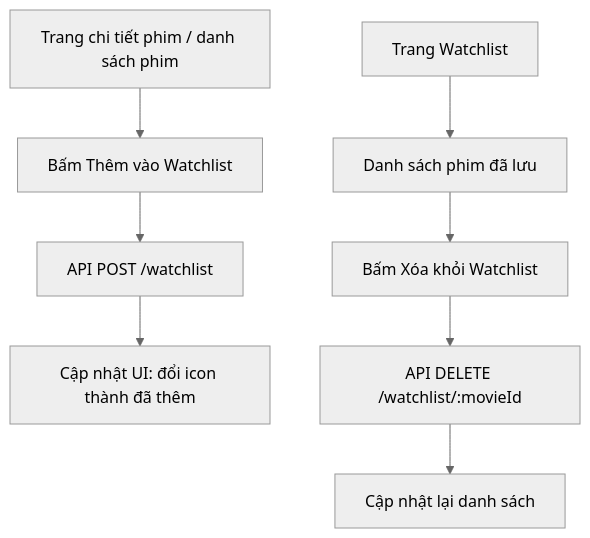
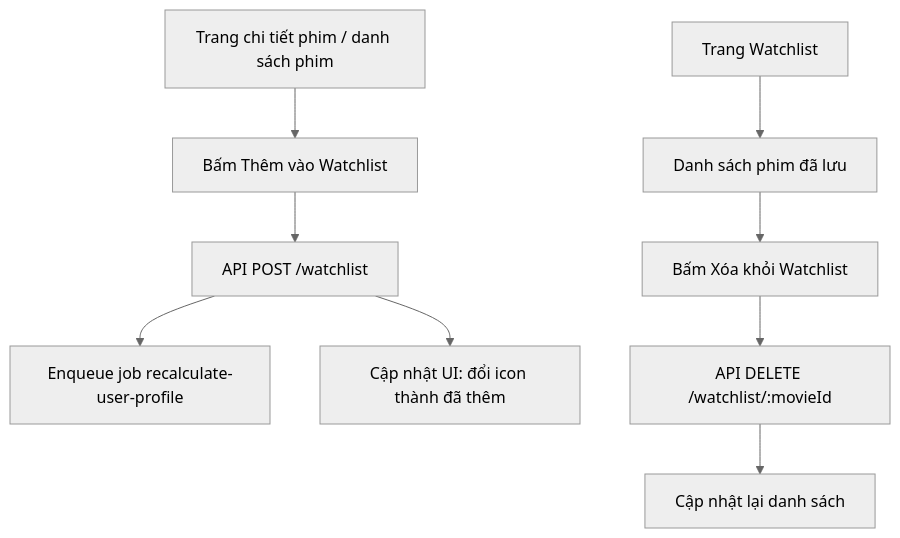
One commit to daoviet2/CineSense-System changed the third of 7 diagrams in docs/LUONG_NGUOI_DUNG.md. Above: the diagram before and after it, drawn with Mermaid (neutral theme). The commit also changed other lines of this file and 18 other files, not shown here.

````diff
--- a/docs/LUONG_NGUOI_DUNG.md
+++ b/docs/LUONG_NGUOI_DUNG.md
@@ -48,10 +57,11 @@
 ```mermaid
 flowchart TD
     A[Trang chi tiết phim / danh sách phim] --> B[Bấm Thêm vào Watchlist]
     B --> C[API POST /watchlist]
+    C --> C2[Enqueue job recalculate-user-profile]
     C --> D[Cập nhật UI: đổi icon thành đã thêm]
     E[Trang Watchlist] --> F[Danh sách phim đã lưu]
     F --> G[Bấm Xóa khỏi Watchlist]
     G --> H[API DELETE /watchlist/:movieId]
     H --> I[Cập nhật lại danh sách]
 ```
````
